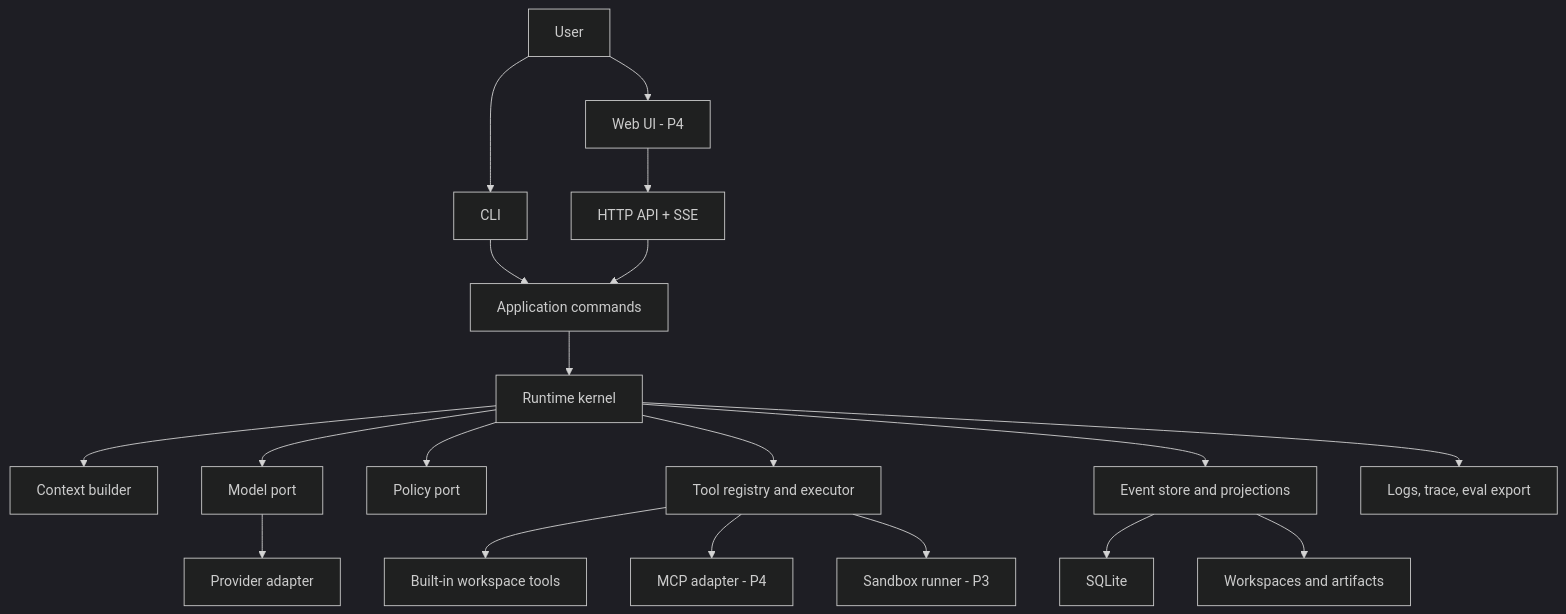
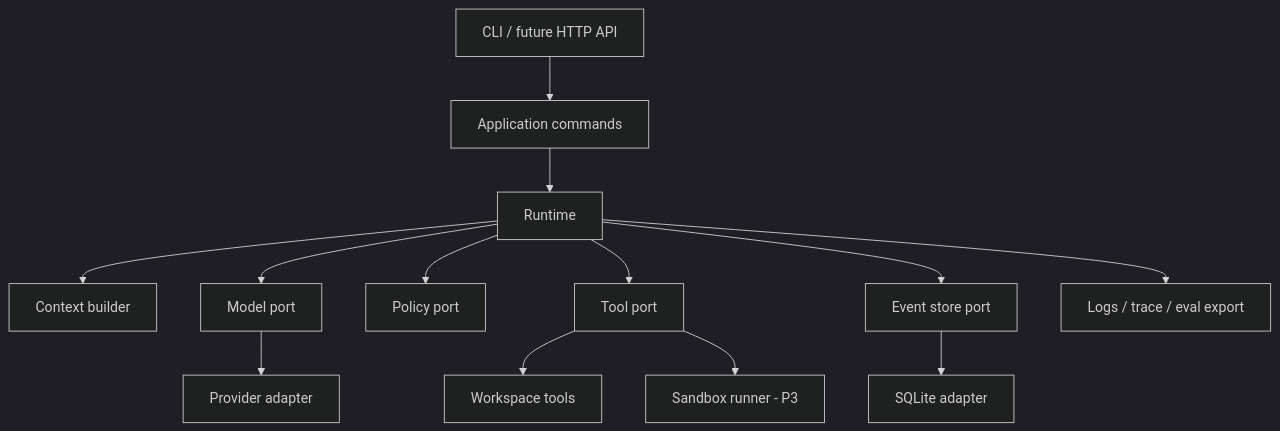
One commit to CherryYang05/BearAgent changed the second of 2 diagrams in docs/architecture/overview.md. Above: the diagram before and after it, drawn with Mermaid (dark theme). The commit also changed other lines of this file and 51 other files, not shown here.

````diff
--- a/docs/architecture/overview.md
+++ b/docs/architecture/overview.md
@@ -99,24 +68,15 @@
 ```mermaid
 flowchart TB
-    U["User"] --> CLI["CLI"]
-    U --> WEB["Web UI - P4"]
-    CLI --> APP["Application commands"]
-    WEB --> API["HTTP API + SSE"]
-    API --> APP
-
-    APP --> KERNEL["Runtime kernel"]
-    KERNEL --> CTX["Context builder"]
-    KERNEL --> MODEL["Model port"]
-    KERNEL --> POLICY["Policy port"]
-    KERNEL --> TOOLS["Tool registry and executor"]
-    KERNEL --> STORE["Event store and projections"]
-
-    MODEL --> PROVIDER["Provider adapter"]
-    TOOLS --> BUILTIN["Built-in workspace tools"]
-    TOOLS --> MCP["MCP adapter - P4"]
-    TOOLS --> RUNNER["Sandbox runner - P3"]
-    STORE --> SQLITE["SQLite"]
-    STORE --> FS["Workspaces and artifacts"]
-
-    KERNEL --> OBS["Logs, trace, eval export"]
+    I["CLI / future HTTP API"] --> A["Application commands"]
+    A --> K["Runtime"]
+    K --> C["Context builder"]
+    K --> MP["Model port"]
+    K --> PP["Policy port"]
+    K --> TP["Tool port"]
+    K --> EP["Event store port"]
+    MP --> MA["Provider adapter"]
+    TP --> WA["Workspace tools"]
+    TP --> SR["Sandbox runner - P3"]
+    EP --> SQ["SQLite adapter"]
+    K --> O["Logs / trace / eval export"]
 ```
````
